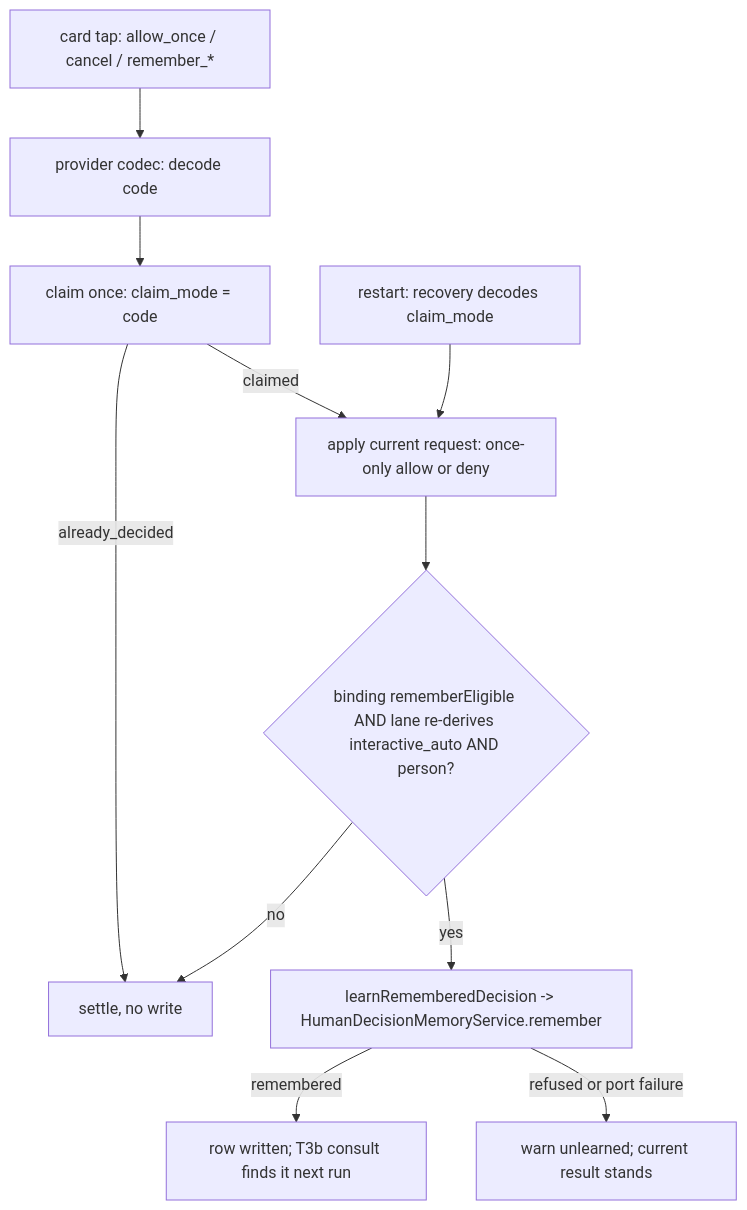
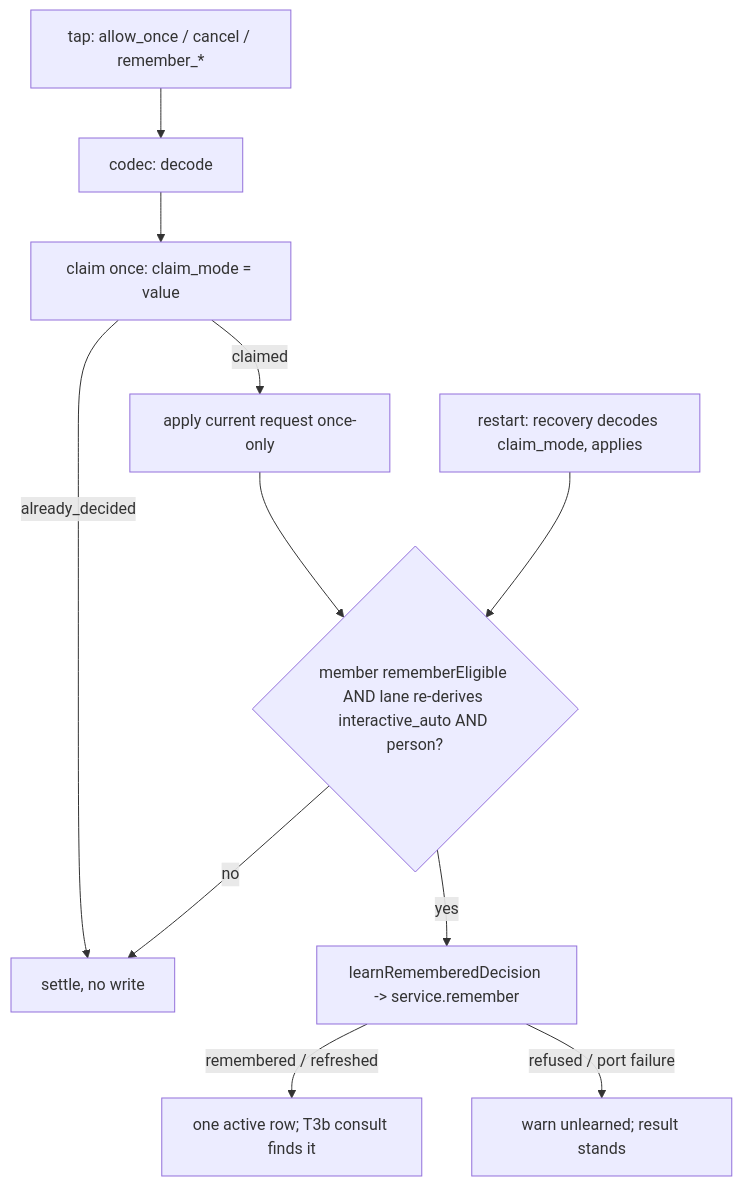
One commit to knacklabs/gantry changed the diagram in .factory/stories/ASKFLOOR-1/task-plans/ASKFLOOR-1-T3c.md. Above: the diagram before and after it, drawn with Mermaid. The commit also changed other lines of this file and 3 other files, not shown here.

First line of the commit message:
plan(ASKFLOOR-1-T3c): grill r1 folded — plan v2 / contract v2 (provider handlers to T5a; typed carriers via a net-zero type move; stamp on the host-owned member payload; post-apply learning on IPC, inline and recovery; real test owners; S2 through the durable path)

````diff
--- a/.factory/stories/ASKFLOOR-1/task-plans/ASKFLOOR-1-T3c.md
+++ b/.factory/stories/ASKFLOOR-1/task-plans/ASKFLOOR-1-T3c.md
@@ -45,13 +47,13 @@
 ```mermaid
 flowchart TD
-  T[card tap: allow_once / cancel / remember_*] --> P[provider codec: decode code]
-  P --> C[claim once: claim_mode = code]
+  T[tap: allow_once / cancel / remember_*] --> P[codec: decode]
+  P --> C[claim once: claim_mode = value]
   C -- already_decided --> X[settle, no write]
-  C -- claimed --> A[apply current request: once-only allow or deny]
-  A --> E{binding rememberEligible AND lane re-derives interactive_auto AND person?}
+  C -- claimed --> A[apply current request once-only]
+  A --> E{member rememberEligible AND lane re-derives interactive_auto AND person?}
   E -- no --> X
-  E -- yes --> L[learnRememberedDecision -> HumanDecisionMemoryService.remember]
-  L -- remembered --> R[row written; T3b consult finds it next run]
-  L -- refused or port failure --> W[warn unlearned; current result stands]
-  RC[restart: recovery decodes claim_mode] --> A
+  E -- yes --> L[learnRememberedDecision -> service.remember]
+  L -- remembered / refreshed --> R[one active row; T3b consult finds it]
+  L -- refused / port failure --> W[warn unlearned; result stands]
+  RC[restart: recovery decodes claim_mode, applies] --> E
 ```
````
